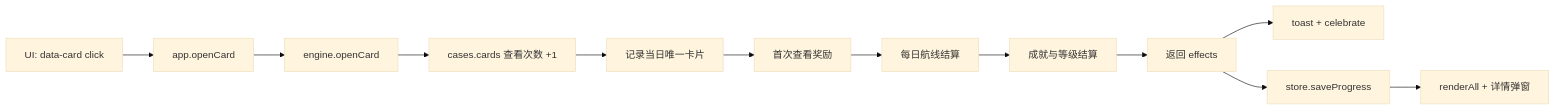
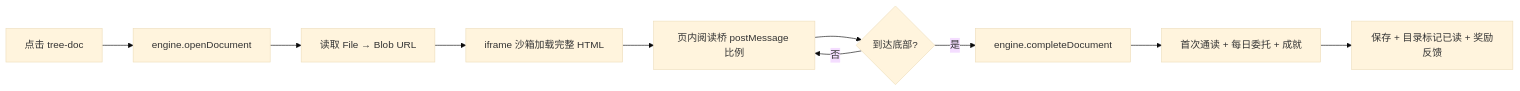
One commit to TommyDucx/zhiyu-study-camp changed the third of 3 diagrams in dist/docs/CODE-MAP.md. Above: the diagram before and after it, drawn with Mermaid (base theme). The commit also changed other lines of this file and 42 other files, not shown here.

````diff
--- a/dist/docs/CODE-MAP.md
+++ b/dist/docs/CODE-MAP.md
@@ -49,14 +88,12 @@
 ```mermaid
 flowchart LR
-  A[UI: data-card click] --> B[app.openCard]
-  B --> C[engine.openCard]
-  C --> D[cases.cards 查看次数 +1]
-  D --> E[记录当日唯一卡片]
-  E --> F[首次查看奖励]
-  F --> G[每日航线结算]
-  G --> H[成就与等级结算]
-  H --> I[返回 effects]
-  I --> J[toast + celebrate]
-  I --> K[store.saveProgress]
-  K --> L[renderAll + 详情弹窗]
+  A[点击 tree-doc] --> B[engine.openDocument]
+  B --> C[读取 File → Blob URL]
+  C --> D[iframe 沙箱加载完整 HTML]
+  D --> E[页内阅读桥 postMessage 比例]
+  E --> F{到达底部?}
+  F -- 否 --> E
+  F -- 是 --> G[engine.completeDocument]
+  G --> H[首次通读 + 每日委托 + 成就]
+  H --> I[保存 + 目录标记已读 + 奖励反馈]
 ```
````
